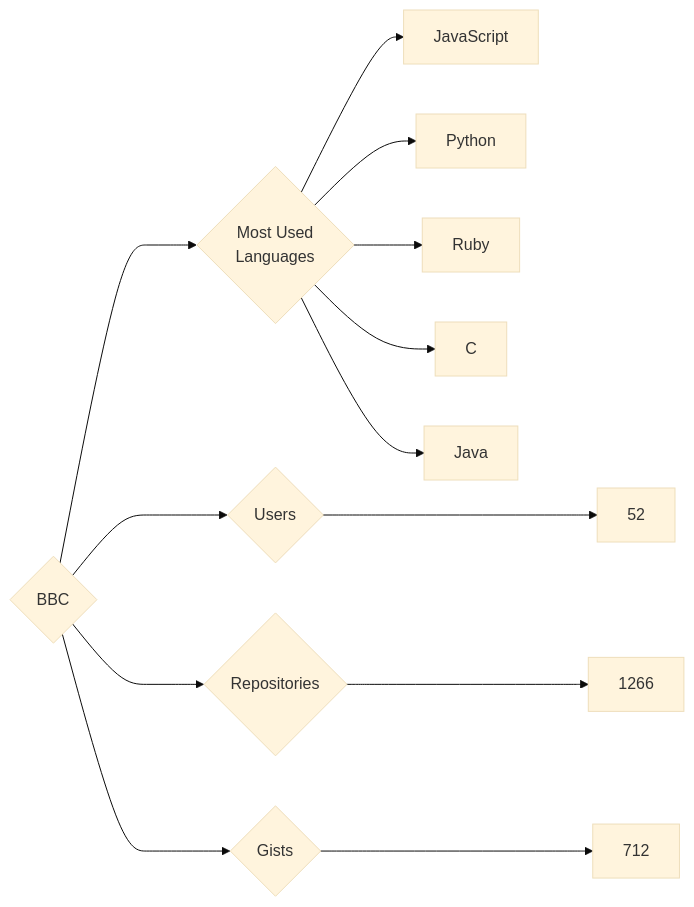
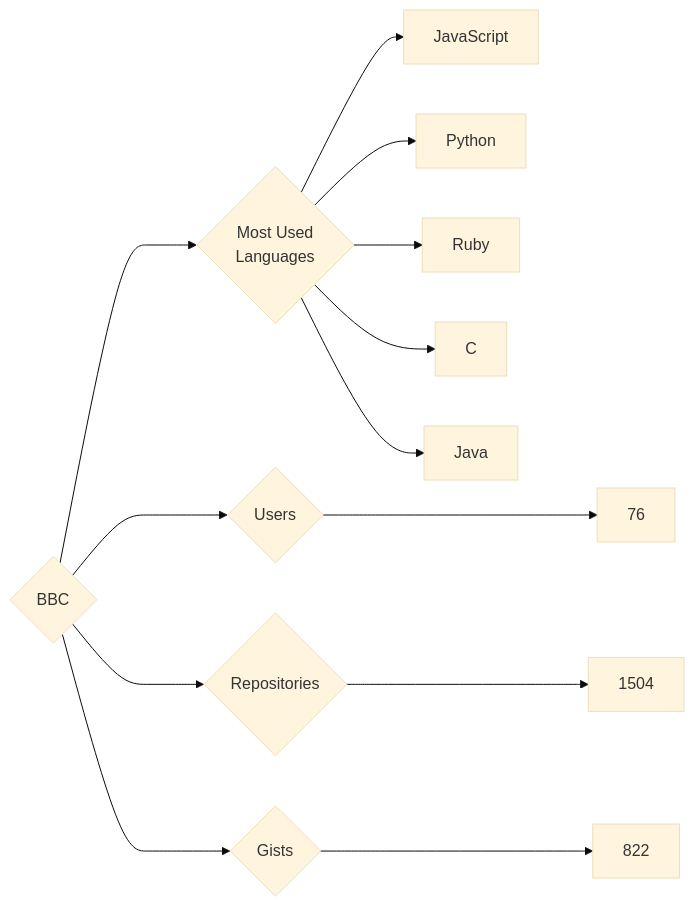
One commit to trickest/insiders changed the diagram in targets/BBC/README.md. Above: the diagram before and after it, drawn with Mermaid (base theme). The commit also changed 757 other files, not shown here.

````diff
--- a/targets/BBC/README.md
+++ b/targets/BBC/README.md
@@ -3,13 +3,13 @@
 ```mermaid
 graph LR
 COMPANY_NAME{BBC}
-COMPANY_NAME ---> U{Users} ---> UN[52]
-COMPANY_NAME ---> R{Repositories} ---> RN[1266]
-COMPANY_NAME ---> G{Gists} ---> GN[712]
+COMPANY_NAME ---> U{Users} ---> UN[76]
+COMPANY_NAME ---> R{Repositories} ---> RN[1504]
+COMPANY_NAME ---> G{Gists} ---> GN[822]
 COMPANY_NAME ---> ML{Most Used<br>Languages}
 ML --> JavaScript[JavaScript]
 ML --> Python[Python]
 ML --> Ruby[Ruby]
 ML --> C[C]
 ML --> Java[Java]
 ```
````
